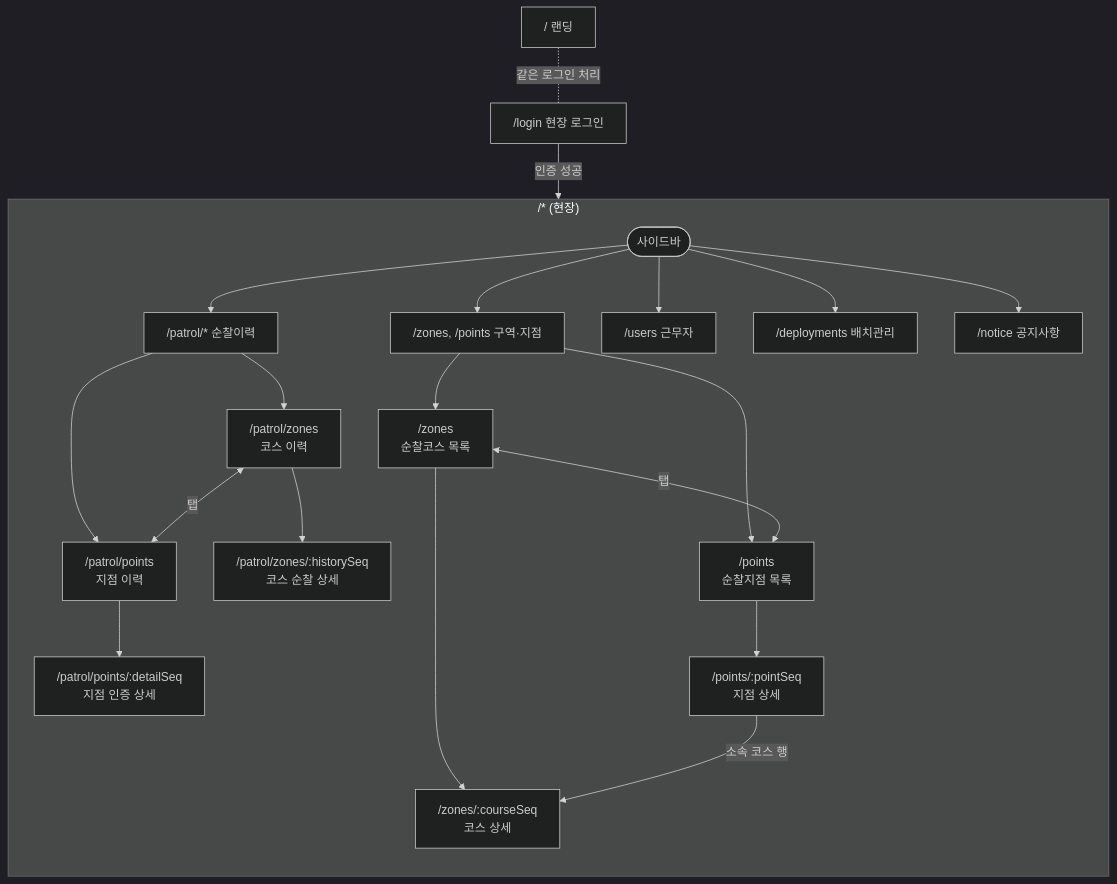
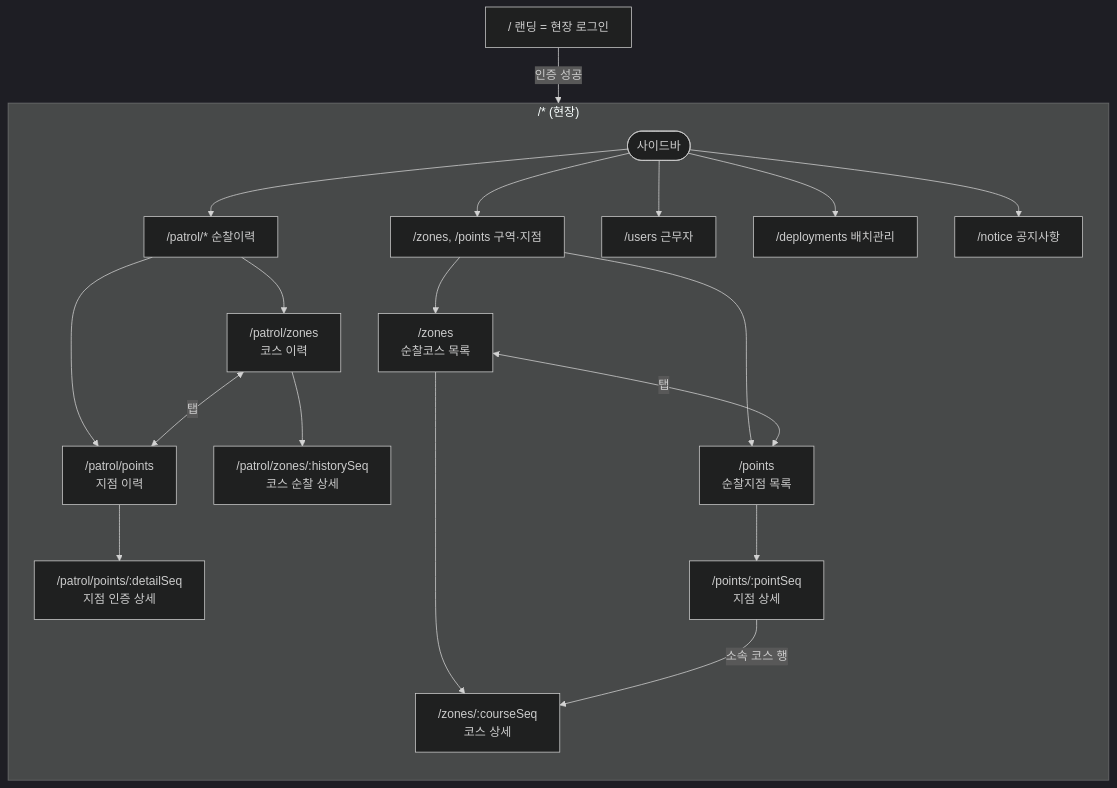
Before and after one commit to S-Tec-System-R-D/s-patrol_fe: the second of 15 diagrams in docs/flow.md, drawn with Mermaid. The commit also changed other lines of this file and 6 other files, not shown here.

Commit message:
docs : 063 — spec · tasks(T1080~T1087 · 결정 표 · US3 다른 사이트 계정 차단) · CLAUDE.md B1 공개 영역 · screens 로그인 2행 · flow §0 규칙(020 착지 규칙 뒤집음) · 다이어그램 4곳 · overview · roadmap 063 행

````diff
--- a/docs/flow.md
+++ b/docs/flow.md
@@ -84,32 +82,30 @@
 ```mermaid
 %%{init: {'theme':'dark'}}%%
 flowchart TB
-    Landing["/ 랜딩"]
-    Login["/login 현장 로그인"]
-    Landing -. "같은 로그인 처리" .- Login
+    Login["/ 랜딩 = 현장 로그인"]
 
     subgraph Service["/* (현장)"]
         direction TB
         SBar([사이드바])
         SBar --> Patrol["/patrol/* 순찰이력"]
         SBar --> ZP["/zones, /points 구역·지점"]
         SBar --> Users["/users 근무자"]
         SBar --> Deploy["/deployments 배치관리"]
         SBar --> Notice["/notice 공지사항"]
 
         Patrol --> PZ["/patrol/zones<br/>코스 이력"]
         Patrol --> PP["/patrol/points<br/>지점 이력"]
         PZ <-->|탭| PP
         PZ --> PZD["/patrol/zones/:historySeq<br/>코스 순찰 상세"]
         PP --> PPD["/patrol/points/:detailSeq<br/>지점 인증 상세"]
 
         ZP --> Z["/zones<br/>순찰코스 목록"]
         ZP --> P["/points<br/>순찰지점 목록"]
         Z --> ZD["/zones/:courseSeq<br/>코스 상세"]
         P --> PD["/points/:pointSeq<br/>지점 상세"]
         PD -- "소속 코스 행" --> ZD
         Z <-->|탭| P
     end
 
     Login -- 인증 성공 --> SBar
 ```
````
